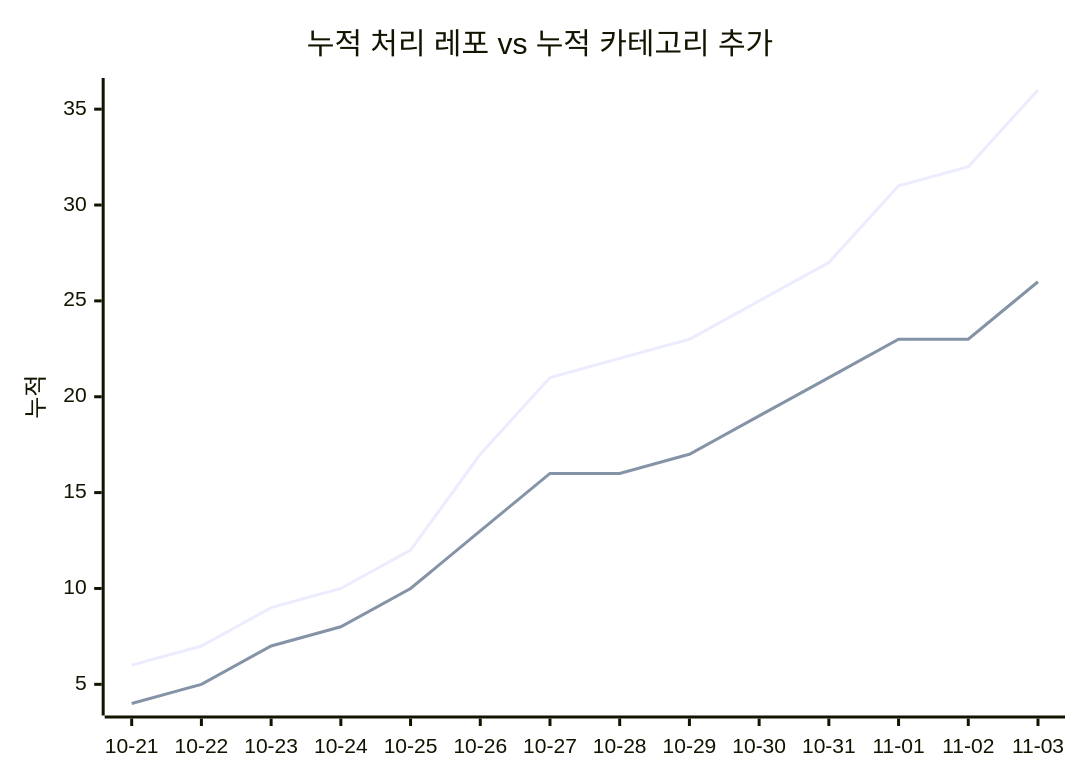
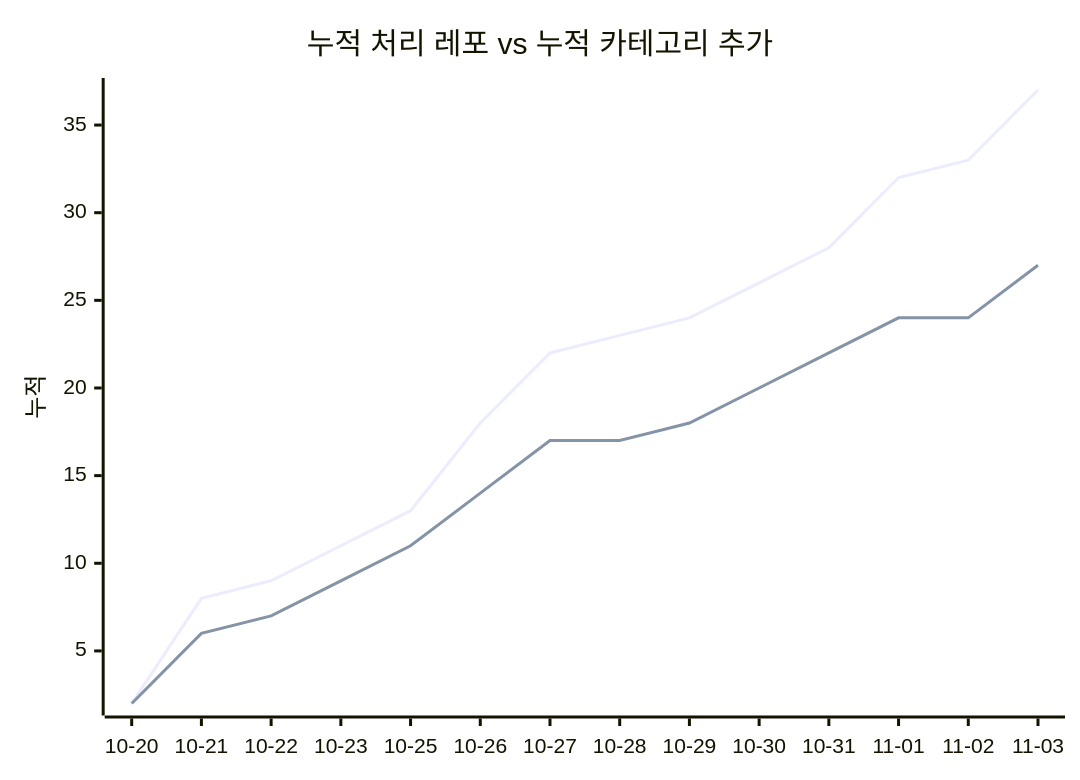
The second of 2 diagrams in docs/trends.md (J-nowcow/awesome-korean-agent-skills), drawn with Mermaid before and after one commit. The commit also changed other lines of this file and 28 other files, not shown here.

````diff
--- a/docs/trends.md
+++ b/docs/trends.md
@@ -68,8 +68,8 @@
 ```mermaid
 xychart-beta
     title "누적 처리 레포 vs 누적 카테고리 추가"
-    x-axis ["10-21","10-22","10-23","10-24","10-25","10-26","10-27","10-28","10-29","10-30","10-31","11-01","11-02","11-03"]
+    x-axis ["10-20","10-21","10-22","10-23","10-25","10-26","10-27","10-28","10-29","10-30","10-31","11-01","11-02","11-03"]
     y-axis "누적"
-    line [6,7,9,10,12,17,21,22,23,25,27,31,32,36]
-    line [4,5,7,8,10,13,16,16,17,19,21,23,23,26]
+    line [2,8,9,11,13,18,22,23,24,26,28,32,33,37]
+    line [2,6,7,9,11,14,17,17,18,20,22,24,24,27]
 ```
````
